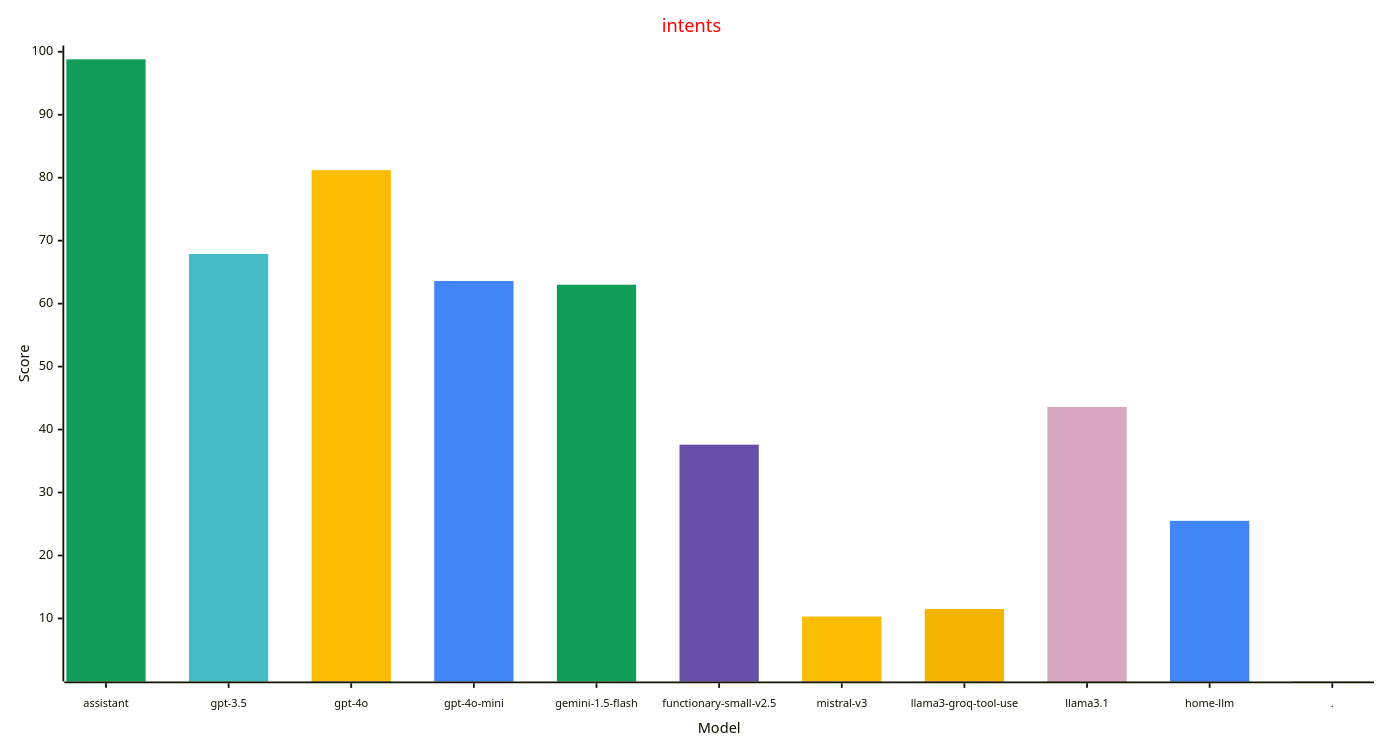
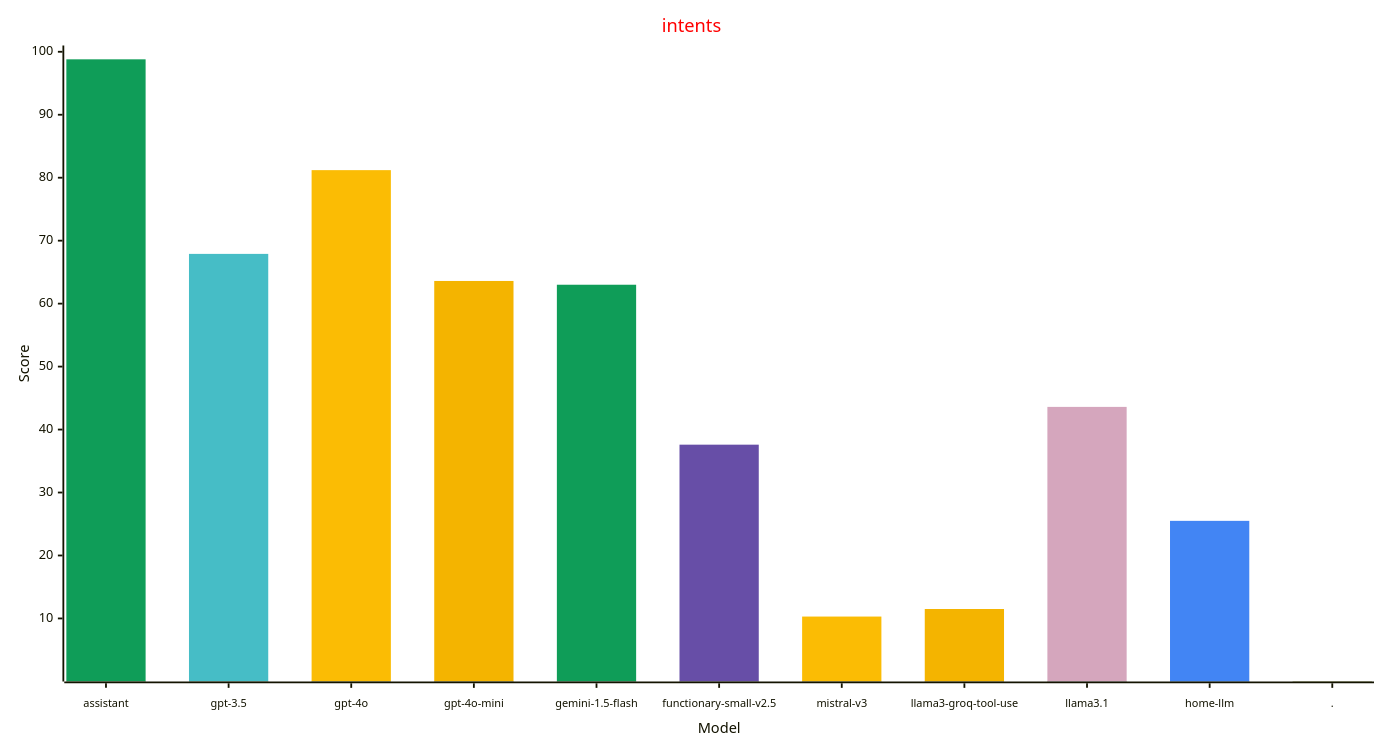
The third of 4 diagrams in reports/README.md (allenporter/home-assistant-datasets), drawn with Mermaid before and after one commit. The commit also changed other lines of this file and 200 other files, not shown here.

````diff
--- a/reports/README.md
+++ b/reports/README.md
@@ -157,31 +157,31 @@
 ```mermaid
 ---
 config:
     xyChart:
         width: 1500
         height: 800
         xAxis:
           labelFontSize: 12
           labelPadding: 8
     themeVariables:
         xyChart:
             titleColor: "#ff0000"
-            plotColorPalette: "#0f9d58, #46bdc6, #fbbc04, #4285f4, #0f9d58, #674ea7, #fbbc04, #f4b400, #d5a6bd, #4285f4, #4285f4"
+            plotColorPalette: "#0f9d58, #46bdc6, #fbbc04, #f4b400, #0f9d58, #674ea7, #fbbc04, #f4b400, #d5a6bd, #4285f4, #4285f4"
 
 ---
 xychart-beta
   title "intents"
   x-axis "Model" [assistant, gpt-3.5, gpt-4o, gpt-4o-mini, gemini-1.5-flash, functionary-small-v2.5, mistral-v3, llama3-groq-tool-use, llama3.1, home-llm, .]
   y-axis "Score" 1 --> 100
   bar [98.8, 0.0, 0.0, 0.0, 0.0, 0.0, 0.0, 0.0, 0.0, 0.0, 0.0]
   bar [0.0, 67.9, 0.0, 0.0, 0.0, 0.0, 0.0, 0.0, 0.0, 0.0, 0.0]
   bar [0.0, 0.0, 81.2, 0.0, 0.0, 0.0, 0.0, 0.0, 0.0, 0.0, 0.0]
   bar [0.0, 0.0, 0.0, 63.6, 0.0, 0.0, 0.0, 0.0, 0.0, 0.0, 0.0]
   bar [0.0, 0.0, 0.0, 0.0, 63.0, 0.0, 0.0, 0.0, 0.0, 0.0, 0.0]
   bar [0.0, 0.0, 0.0, 0.0, 0.0, 37.6, 0.0, 0.0, 0.0, 0.0, 0.0]
   bar [0.0, 0.0, 0.0, 0.0, 0.0, 0.0, 10.3, 0.0, 0.0, 0.0, 0.0]
   bar [0.0, 0.0, 0.0, 0.0, 0.0, 0.0, 0.0, 11.5, 0.0, 0.0, 0.0]
   bar [0.0, 0.0, 0.0, 0.0, 0.0, 0.0, 0.0, 0.0, 43.6, 0.0, 0.0]
   bar [0.0, 0.0, 0.0, 0.0, 0.0, 0.0, 0.0, 0.0, 0.0, 25.5, 0.0]
   bar [0.0, 0.0, 0.0, 0.0, 0.0, 0.0, 0.0, 0.0, 0.0, 0.0, -1.0]
 ```
````
